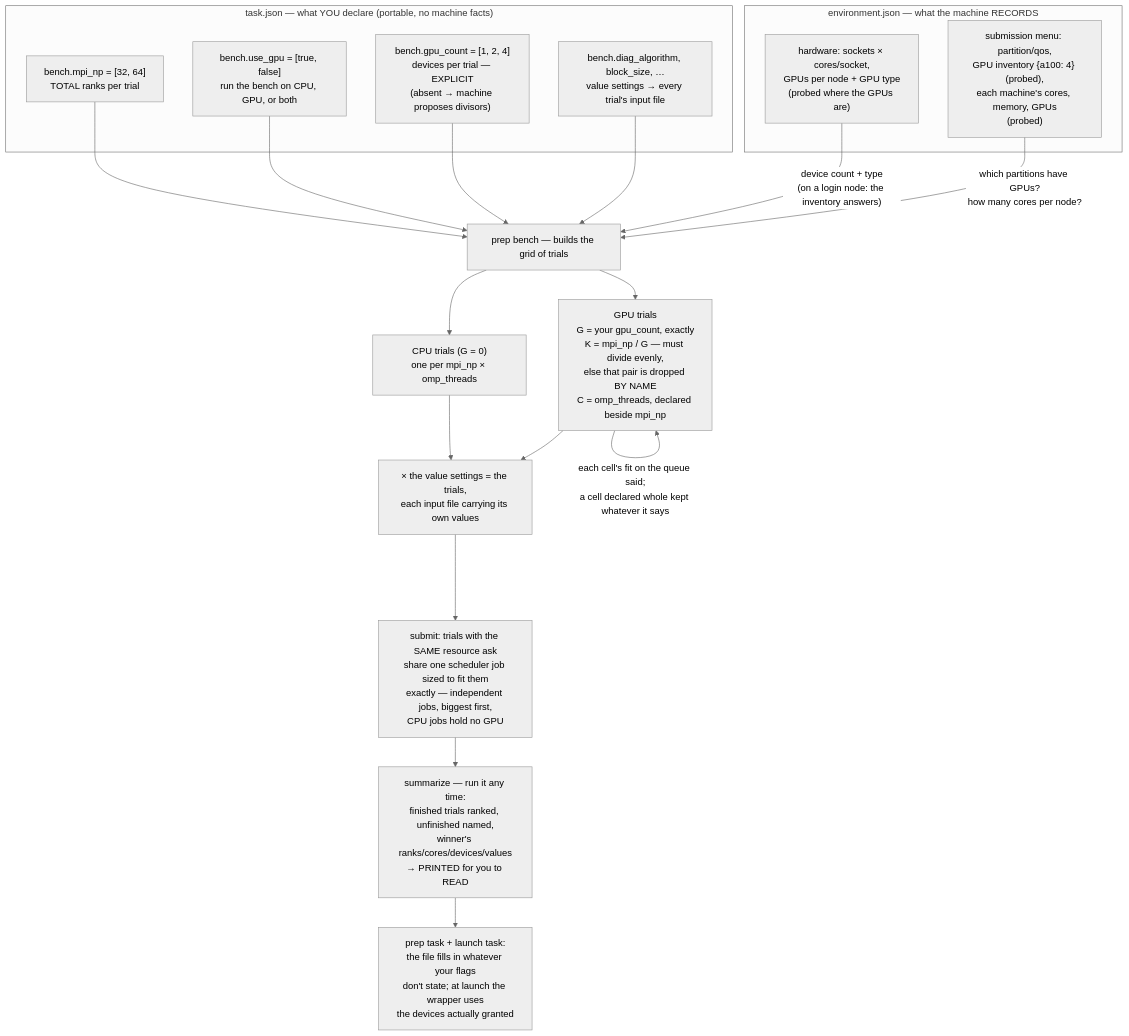
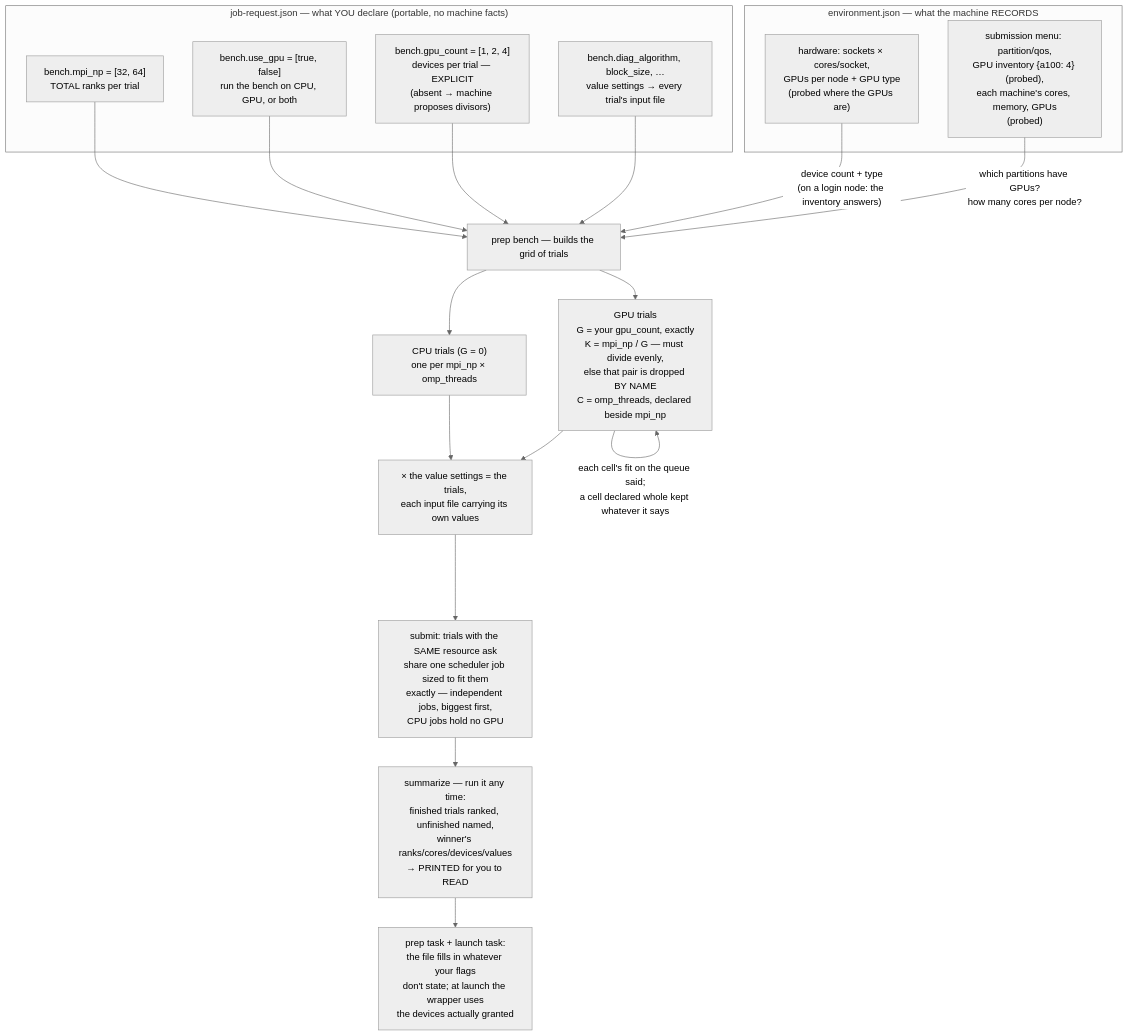
One commit to Qing-LAB/molbuilder changed the second of 4 diagrams in docs/engines/tuning.md. Above: the diagram before and after it, drawn with Mermaid (neutral theme). The commit also changed other lines of this file and 196 other files, not shown here.

````diff
--- a/docs/engines/tuning.md
+++ b/docs/engines/tuning.md
@@ -542,28 +542,28 @@
 ```mermaid
 flowchart TD
-    subgraph YOU["task.json — what YOU declare (portable, no machine facts)"]
+    subgraph YOU["job-request.json — what YOU declare (portable, no machine facts)"]
         MP["bench.mpi_np = [32, 64]<br/>TOTAL ranks per trial"]
         EG["bench.use_gpu = [true, false]<br/>run the bench on CPU, GPU, or both"]
         GC["bench.gpu_count = [1, 2, 4]<br/>devices per trial — EXPLICIT<br/>(absent → machine proposes divisors)"]
         VA["bench.diag_algorithm, block_size, …<br/>value settings → every trial's input file"]
     end
     subgraph MACHINE["environment.json — what the machine RECORDS"]
         TOPO["hardware: sockets × cores/socket,<br/>GPUs per node + GPU type<br/>(probed where the GPUs are)"]
         DOM["submission menu: partition/qos,<br/>GPU inventory {a100: 4} (probed),<br/>each machine's cores, memory, GPUs<br/>(probed)"]
     end
     PREP["prep bench — builds the grid of trials"]
     MP --> PREP
     EG --> PREP
     GC --> PREP
     VA --> PREP
     TOPO -->|"device count + type<br/>(on a login node: the inventory answers)"| PREP
     DOM -->|"which partitions have GPUs?<br/>how many cores per node?"| PREP
     PREP --> CPU["CPU trials (G = 0)<br/>one per mpi_np × omp_threads"]
     PREP --> GPU["GPU trials<br/>G = your gpu_count, exactly<br/>K = mpi_np / G — must divide evenly,<br/>else that pair is dropped BY NAME<br/>C = omp_threads, declared beside mpi_np"]
     GPU -->|"each cell's fit on the queue said;<br/>a cell declared whole kept whatever it says"| GPU
     CPU --> TRIALS["× the value settings = the trials,<br/>each input file carrying its own values"]
     GPU --> TRIALS
     TRIALS --> SHELF["submit: trials with the SAME resource ask<br/>share one scheduler job sized to fit them<br/>exactly — independent jobs, biggest first,<br/>CPU jobs hold no GPU"]
     SHELF --> SUMM["summarize — run it any time:<br/>finished trials ranked, unfinished named,<br/>winner's ranks/cores/devices/values<br/>→ PRINTED for you to READ"]
     SUMM --> RUN["prep task + launch task:<br/>the file fills in whatever your flags<br/>don't state; at launch the wrapper uses<br/>the devices actually granted"]
 ```
````
